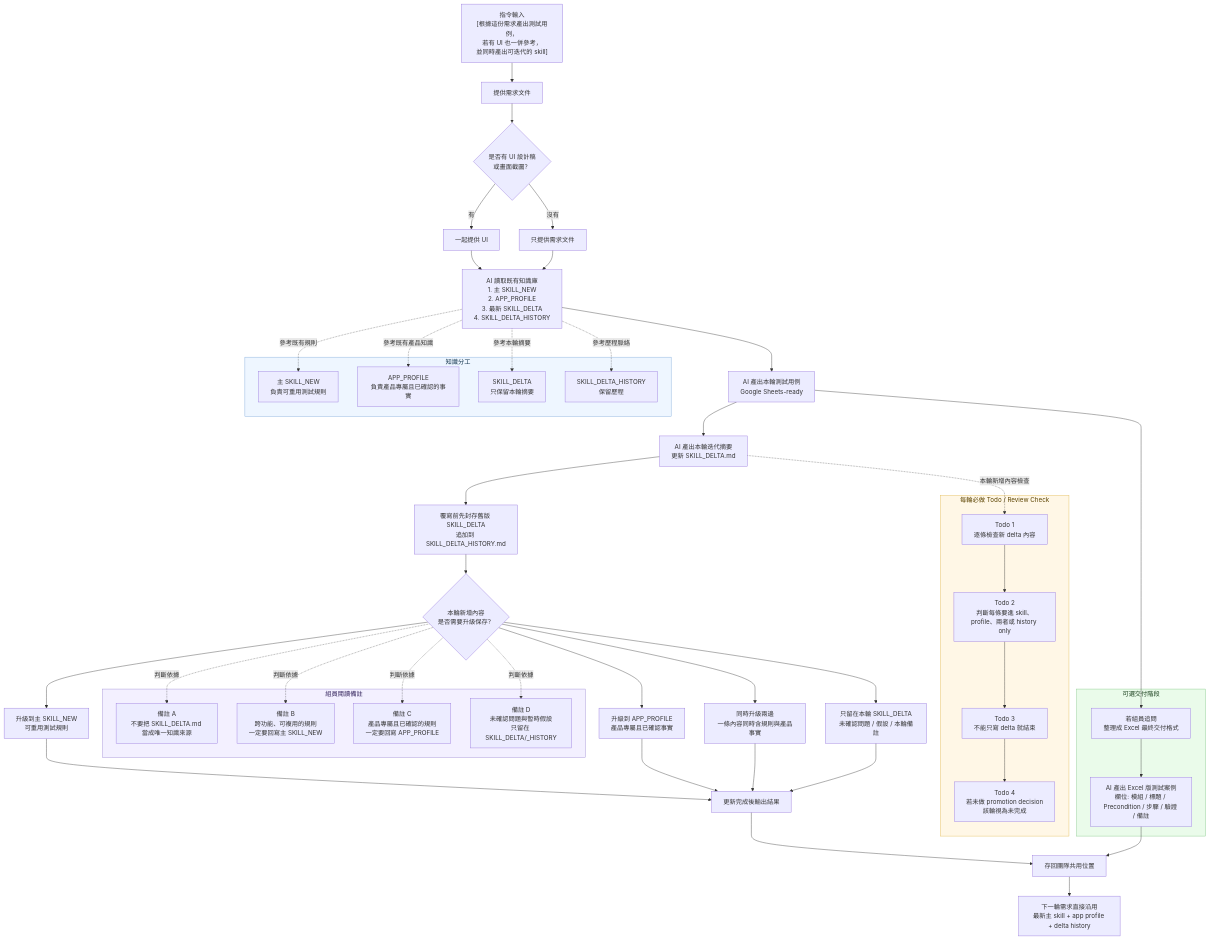
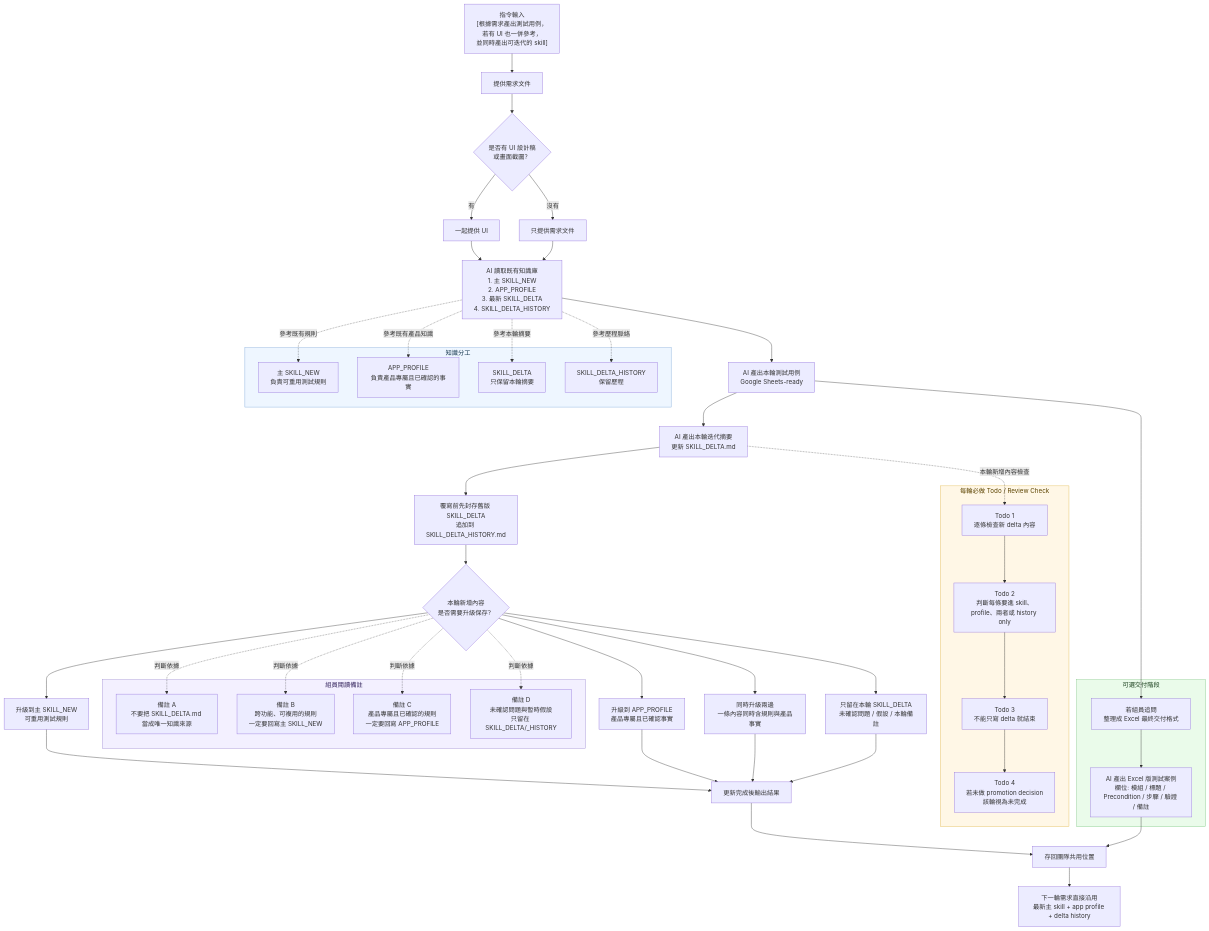
Before and after one commit to Jimmy-Kao/skills: the diagram in cfd-manual-qa-regression/README.md, drawn with Mermaid.

````diff
--- a/cfd-manual-qa-regression/README.md
+++ b/cfd-manual-qa-regression/README.md
@@ -1,6 +1,6 @@
 ```mermaid
 flowchart TD
-    A["指令輸入<br/>[根據這份需求產出測試用例，<br/>若有 UI 也一併參考，<br/>並同時產出可迭代的 skill]"]
+    A["指令輸入<br/>[根據需求產出測試用例，<br/>若有 UI 也一併參考，<br/>並同時產出可迭代的 skill]"]
     B["提供需求文件"]
     C{"是否有 UI 設計稿<br/>或畫面截圖？"}
     D["一起提供 UI"]
````
